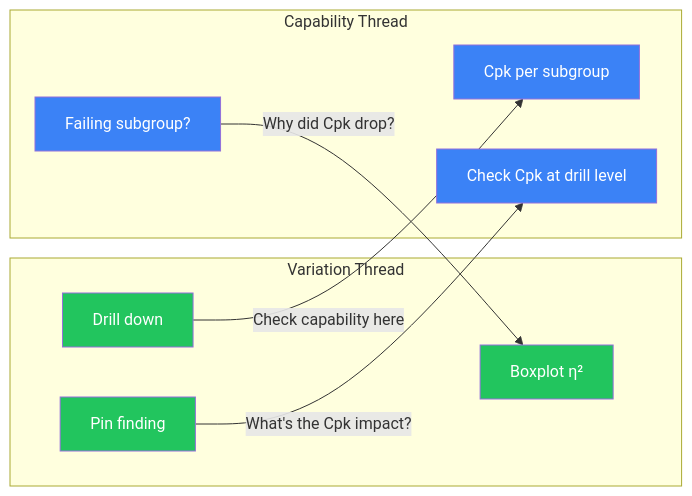
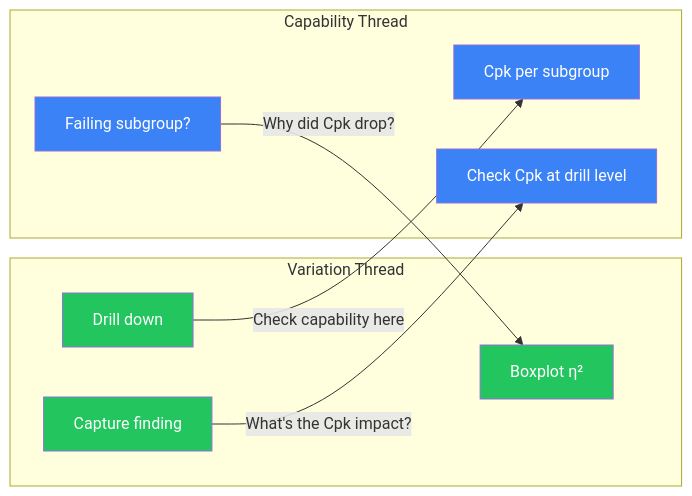
The second of 3 diagrams in docs/03-features/workflows/analysis-flow.md (jukka-matti/variscout), drawn with Mermaid before and after one commit. The commit also changed other lines of this file and 6 other files, not shown here.

First line of the commit message:
docs: retire active-IP cascade terminology + re-spine analysis-flow to 5-verb (follow-ups #1/#2)

````diff
--- a/docs/03-features/workflows/analysis-flow.md
+++ b/docs/03-features/workflows/analysis-flow.md
@@ -140,25 +141,25 @@
 ```mermaid
 flowchart LR
     subgraph Variation["Variation Thread"]
         V1["Boxplot η²"]
         V2["Drill down"]
-        V3["Pin finding"]
+        V3["Capture finding"]
     end
 
     subgraph Capability["Capability Thread"]
         C1["Cpk per subgroup"]
         C2["Failing subgroup?"]
         C3["Check Cpk at drill level"]
     end
 
     C2 -- "Why did Cpk drop?" --> V1
     V3 -- "What's the Cpk impact?" --> C3
     V2 -- "Check capability here" --> C1
 
     style V1 fill:#22c55e,color:#fff
     style V2 fill:#22c55e,color:#fff
     style V3 fill:#22c55e,color:#fff
     style C1 fill:#3b82f6,color:#fff
     style C2 fill:#3b82f6,color:#fff
     style C3 fill:#3b82f6,color:#fff
 ```
````
